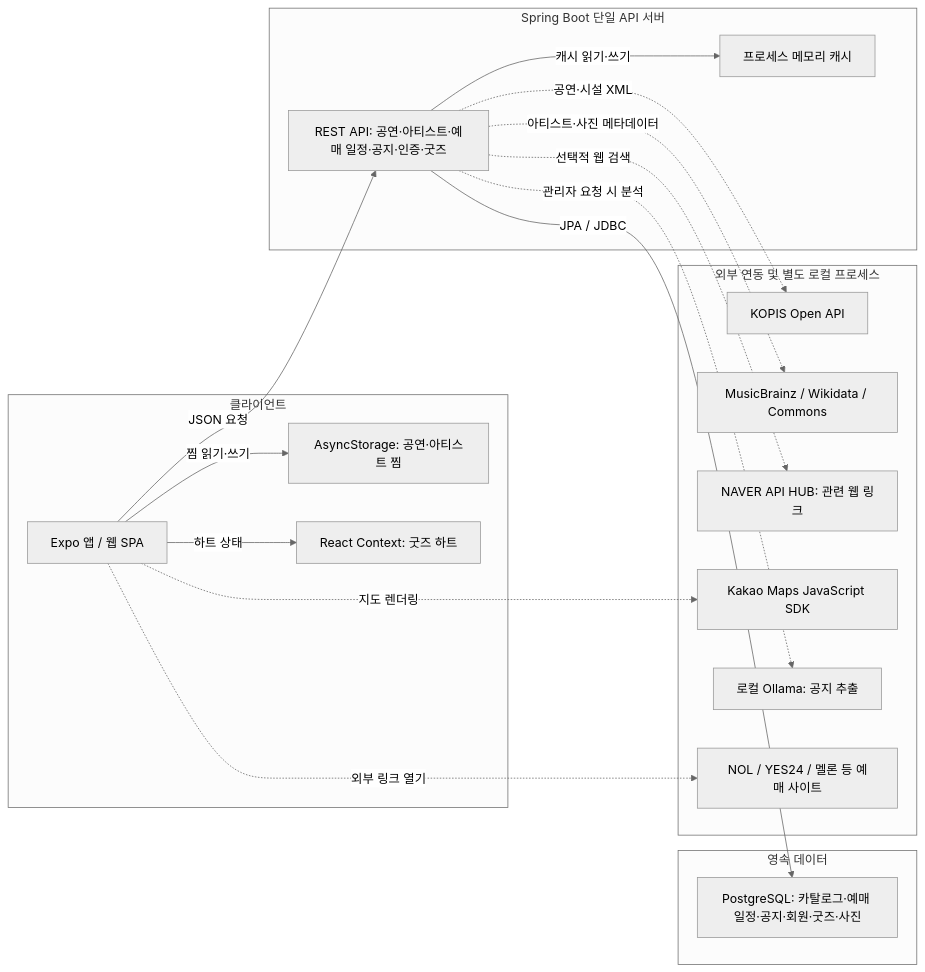
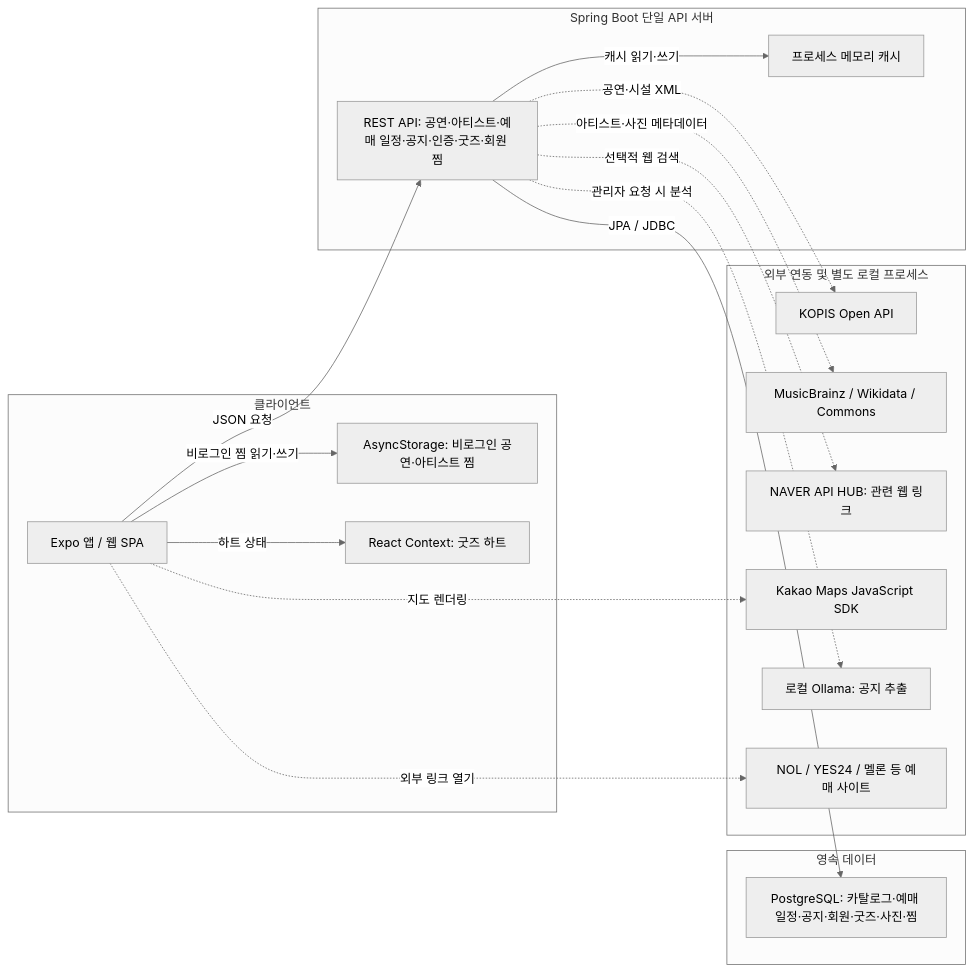
The diagram in docs/architecture.md (leedahye2001/stage-pin), drawn with Mermaid (neutral theme) before and after one commit. The commit also changed other lines of this file and 14 other files, not shown here.

````diff
--- a/docs/architecture.md
+++ b/docs/architecture.md
@@ -30,34 +30,34 @@
 ```mermaid
 flowchart LR
     subgraph client["클라이언트"]
         expoApp["Expo 앱 / 웹 SPA"]
-        favorites["AsyncStorage: 공연·아티스트 찜"]
+        favorites["AsyncStorage: 비로그인 공연·아티스트 찜"]
         goodsMemory["React Context: 굿즈 하트"]
     end
     subgraph service["Spring Boot 단일 API 서버"]
-        api["REST API: 공연·아티스트·예매 일정·공지·인증·굿즈"]
+        api["REST API: 공연·아티스트·예매 일정·공지·인증·굿즈·회원 찜"]
         localCache["프로세스 메모리 캐시"]
     end
     subgraph datastore["영속 데이터"]
-        postgres["PostgreSQL: 카탈로그·예매 일정·공지·회원·굿즈·사진"]
+        postgres["PostgreSQL: 카탈로그·예매 일정·공지·회원·굿즈·사진·찜"]
     end
     subgraph external["외부 연동 및 별도 로컬 프로세스"]
         kopis["KOPIS Open API"]
         artistSources["MusicBrainz / Wikidata / Commons"]
         naver["NAVER API HUB: 관련 웹 링크"]
         kakao["Kakao Maps JavaScript SDK"]
         ollama["로컬 Ollama: 공지 추출"]
         vendors["NOL / YES24 / 멜론 등 예매 사이트"]
     end
     expoApp -->|"JSON 요청"| api
-    expoApp -->|"찜 읽기·쓰기"| favorites
+    expoApp -->|"비로그인 찜 읽기·쓰기"| favorites
     expoApp -->|"하트 상태"| goodsMemory
     api -->|"캐시 읽기·쓰기"| localCache
     api -->|"JPA / JDBC"| postgres
     api -.->|"공연·시설 XML"| kopis
     api -.->|"아티스트·사진 메타데이터"| artistSources
     api -.->|"선택적 웹 검색"| naver
     api -.->|"관리자 요청 시 분석"| ollama
     expoApp -.->|"지도 렌더링"| kakao
     expoApp -.->|"외부 링크 열기"| vendors
 ```
````
